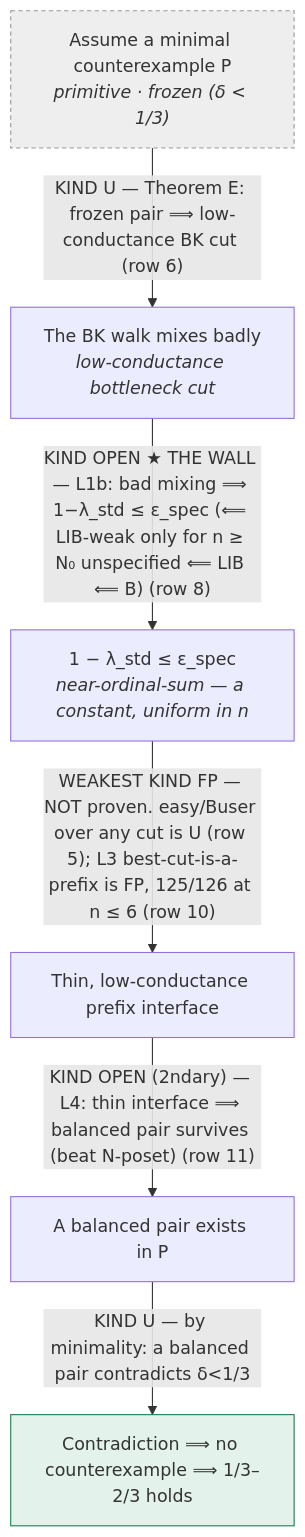
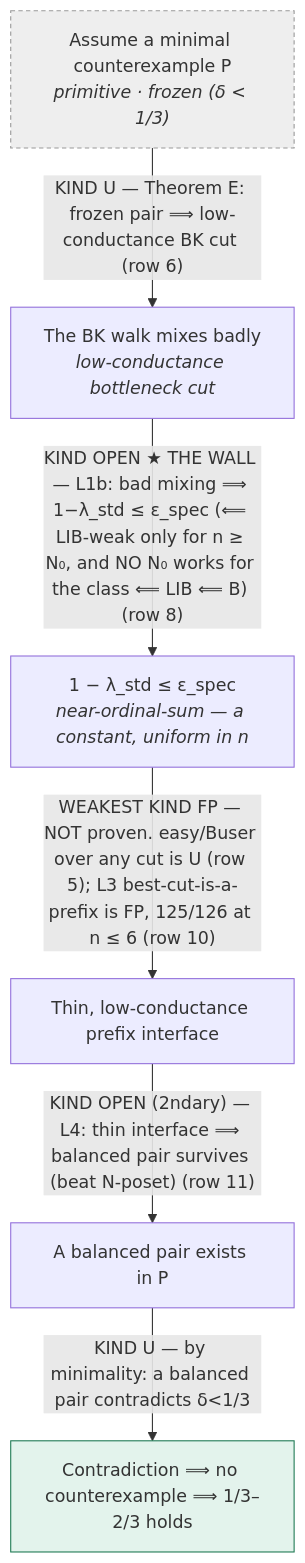
One commit to drellem2/onethird_program changed the diagram in STATE.md. Above: the diagram before and after it, drawn with Mermaid. The commit also changed other lines of this file, not shown here.

````diff
--- a/STATE.md
+++ b/STATE.md
@@ -55,16 +55,16 @@
 ```mermaid
 flowchart TD
     A["Assume a minimal counterexample P<br/><i>primitive · frozen (δ &lt; 1/3)</i>"]:::assume
     B["The BK walk mixes badly<br/><i>low-conductance bottleneck cut</i>"]
     C["1 − λ_std ≤ ε_spec<br/><i>near-ordinal-sum — a constant, uniform in n</i>"]
     D["Thin, low-conductance prefix interface"]
     E["A balanced pair exists in P"]
     F["Contradiction ⟹ no counterexample ⟹ 1/3–2/3 holds"]:::concl
     A -->|"KIND U — Theorem E: frozen pair ⟹ low-conductance BK cut (row 6)"| B
-    B -->|"KIND OPEN ★ THE WALL — L1b: bad mixing ⟹ 1−λ_std ≤ ε_spec (⟸ LIB-weak only for n ≥ N₀ unspecified ⟸ LIB ⟸ B) (row 8)"| C
+    B -->|"KIND OPEN ★ THE WALL — L1b: bad mixing ⟹ 1−λ_std ≤ ε_spec (⟸ LIB-weak only for n ≥ N₀, and NO N₀ works for the class ⟸ LIB ⟸ B) (row 8)"| C
     C -->|"WEAKEST KIND FP — NOT proven. easy/Buser over any cut is U (row 5); L3 best-cut-is-a-prefix is FP, 125/126 at n ≤ 6 (row 10)"| D
     D -->|"KIND OPEN (2ndary) — L4: thin interface ⟹ balanced pair survives (beat N-poset) (row 11)"| E
     E -->|"KIND U — by minimality: a balanced pair contradicts δ&lt;1/3"| F
     classDef assume fill:#eee,stroke:#999,stroke-dasharray:4 3;
     classDef concl fill:#e3f3ec,stroke:#1f7a54;
 ```
````
